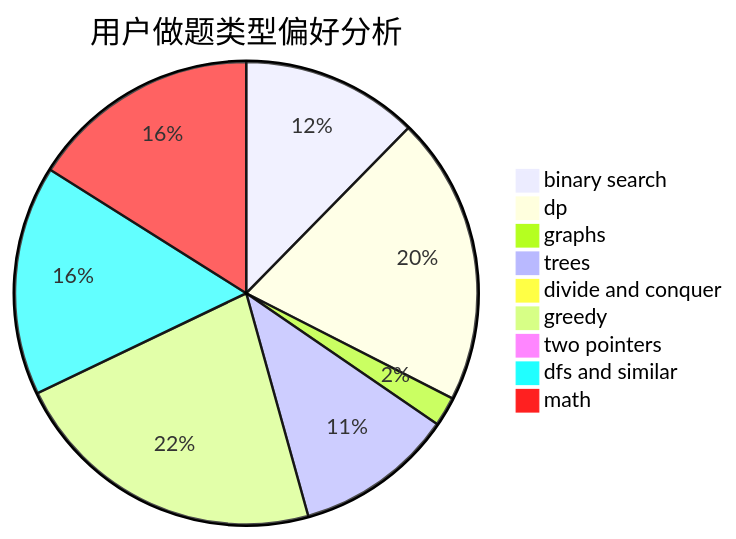
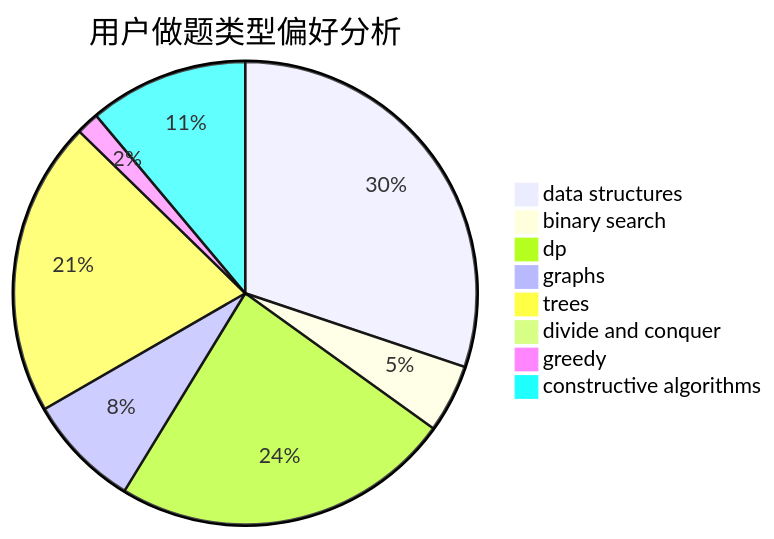
Before and after one commit to sherpahu/cfrs.github.io: the second of 3 diagrams in docs/user/u2614.md, drawn with Mermaid. The commit also changed other lines of this file and 2775 other files, not shown here.

````diff
--- a/docs/user/u2614.md
+++ b/docs/user/u2614.md
@@ -23,12 +23,11 @@
 ```mermaid
 pie title 用户做题类型偏好分析
-    "binary search" :  30
-    "dp" :  49
+    "data structures" :  19
+    "binary search" :  3
+    "dp" :  15
     "graphs" :  5
-    "trees" :  27
+    "trees" :  13
     "divide and conquer" :  0
-    "greedy" :  54
-    "two pointers" :  0
-    "dfs and similar" :  39
-    "math" :  39
+    "greedy" :  1
+    "constructive algorithms" :  7
 ```
````
